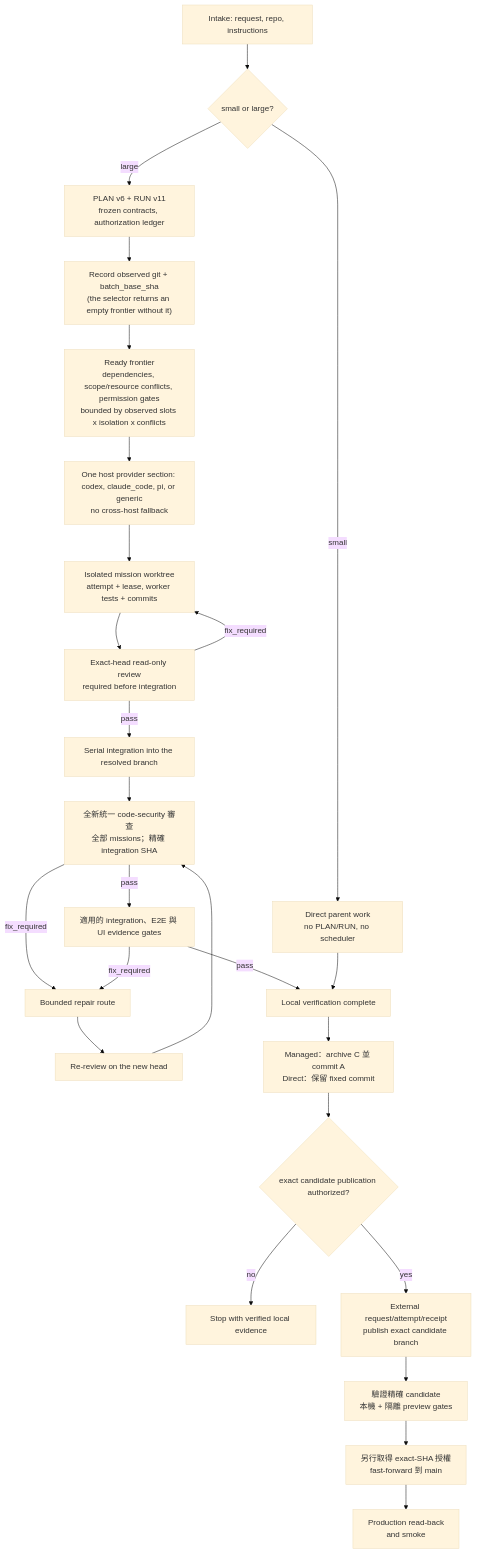
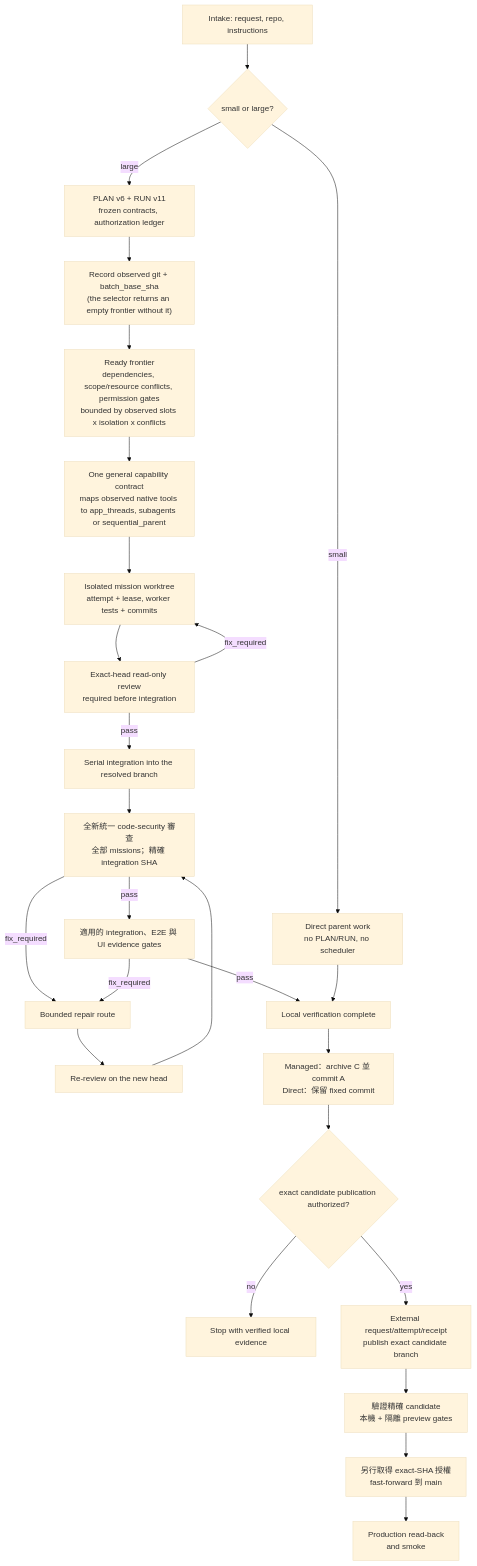
One commit to Phlegonlabs/fullstack-goal-dev changed the third of 3 diagrams in README.zh-TW.md. Above: the diagram before and after it, drawn with Mermaid (base theme). The commit also changed other lines of this file and 3 other files, not shown here.

````diff
--- a/README.zh-TW.md
+++ b/README.zh-TW.md
@@ -370,28 +378,28 @@
 ```mermaid
 flowchart TB
   Intake["Intake: request, repo, instructions"] --> Size{"small or large?"}
   Size -->|small| Direct["Direct parent work<br/>no PLAN/RUN, no scheduler"]
   Size -->|large| Plan["PLAN v6 + RUN v11<br/>frozen contracts, authorization ledger"]
   Plan --> Observe["Record observed git + batch_base_sha<br/>(the selector returns an empty frontier without it)"]
   Observe --> Frontier["Ready frontier<br/>dependencies, scope/resource conflicts, permission gates<br/>bounded by observed slots x isolation x conflicts"]
-  Frontier --> Host["One host provider section: codex, claude_code, pi, or generic<br/>no cross-host fallback"]
+  Frontier --> Host["One general capability contract<br/>maps observed native tools to app_threads, subagents or sequential_parent"]
   Host --> Work["Isolated mission worktree<br/>attempt + lease, worker tests + commits"]
   Work --> Review["Exact-head read-only review<br/>required before integration"]
   Review -->|pass| Integrate["Serial integration into the resolved branch"]
   Review -->|fix_required| Work
   Integrate --> Security["全新統一 code-security 審查<br/>全部 missions；精確 integration SHA"]
   Security -->|pass| Gates["適用的 integration、E2E 與 UI evidence gates"]
   Security -->|fix_required| Repair["Bounded repair route"]
   Gates -->|fix_required| Repair
   Repair --> Rereview["Re-review on the new head"]
   Rereview --> Security
   Gates -->|pass| Local["Local verification complete"]
   Direct --> Local
   Local --> ArchiveCandidate["Managed：archive C 並 commit A<br/>Direct：保留 fixed commit"]
   ArchiveCandidate --> Remote{"exact candidate publication authorized?"}
   Remote -->|no| Done["Stop with verified local evidence"]
   Remote -->|yes| Push["External request/attempt/receipt<br/>publish exact candidate branch"]
   Push --> Candidate["驗證精確 candidate<br/>本機 + 隔離 preview gates"]
   Candidate --> Main["另行取得 exact-SHA 授權<br/>fast-forward 到 main"]
   Main --> Prod["Production read-back<br/>and smoke"]
 ```
````
